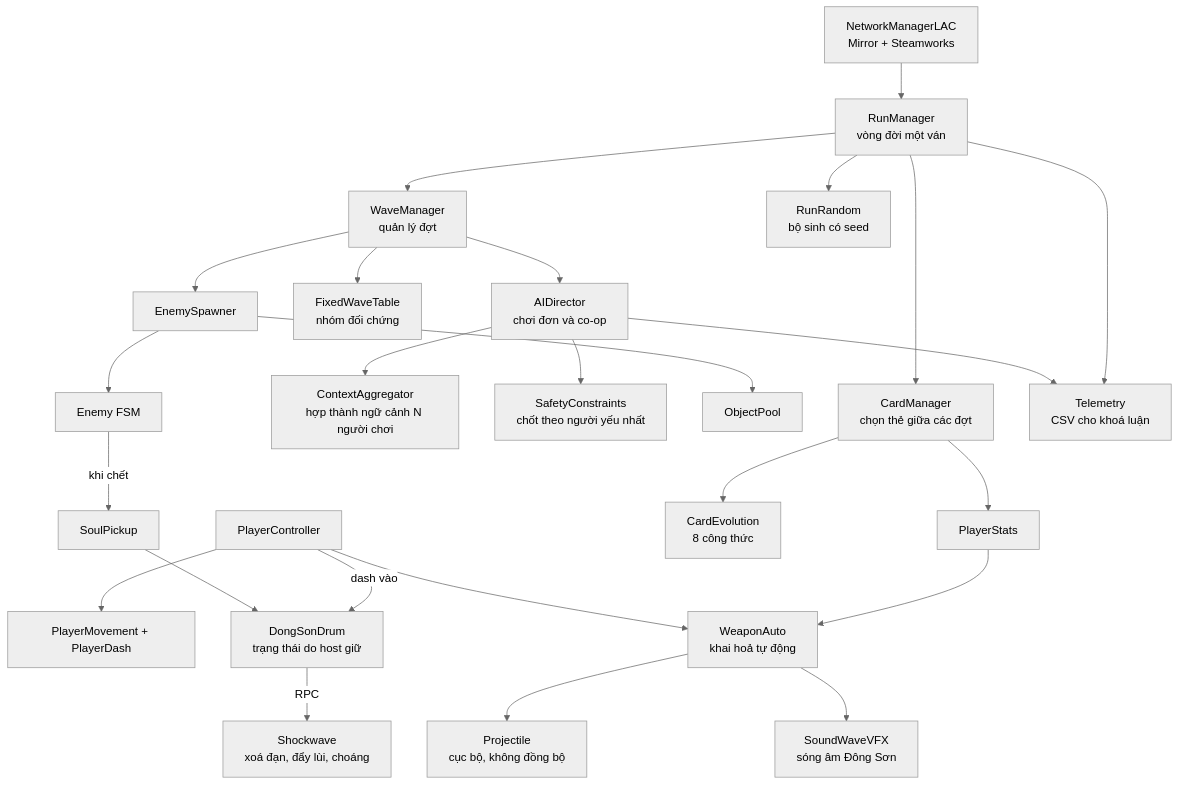
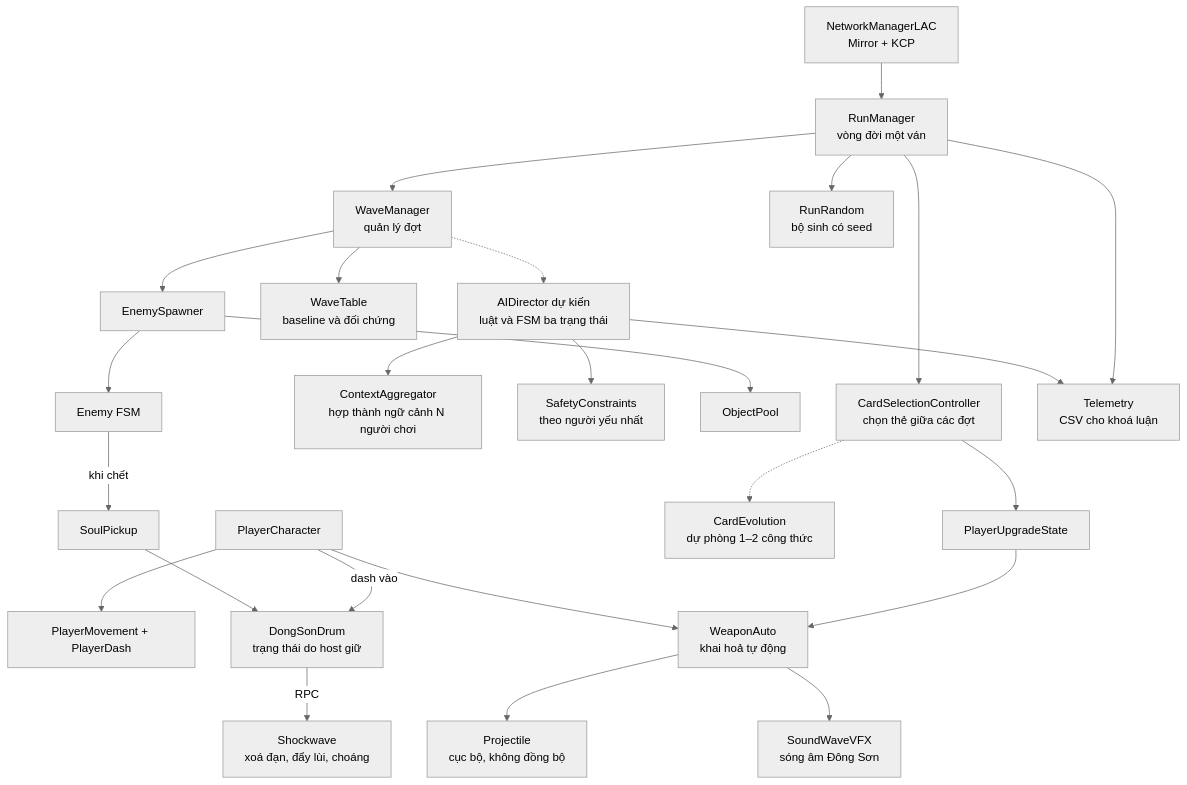
Before and after one commit to HyKiet/LAC: the diagram in docs/ARCHITECTURE.md, drawn with Mermaid (neutral theme). The commit also changed other lines of this file and 28 other files, not shown here.

````diff
--- a/docs/ARCHITECTURE.md
+++ b/docs/ARCHITECTURE.md
@@ -11,33 +13,33 @@
 ```mermaid
 graph TD
-    NM[NetworkManagerLAC<br/>Mirror + Steamworks] --> RM[RunManager<br/>vòng đời một ván]
+    NM[NetworkManagerLAC<br/>Mirror + KCP] --> RM[RunManager<br/>vòng đời một ván]
     RM --> WM[WaveManager<br/>quản lý đợt]
-    RM --> CM[CardManager<br/>chọn thẻ giữa các đợt]
+    RM --> CM[CardSelectionController<br/>chọn thẻ giữa các đợt]
     RM --> RNG[RunRandom<br/>bộ sinh có seed]
 
-    WM --> DIR[AIDirector<br/>chơi đơn và co-op]
-    WM --> FIX[FixedWaveTable<br/>nhóm đối chứng]
+    WM -.-> DIR[AIDirector dự kiến<br/>luật và FSM ba trạng thái]
+    WM --> FIX[WaveTable<br/>baseline và đối chứng]
     DIR --> AGG[ContextAggregator<br/>hợp thành ngữ cảnh N người chơi]
-    DIR --> SAFE[SafetyConstraints<br/>chốt theo người yếu nhất]
+    DIR --> SAFE[SafetyConstraints<br/>theo người yếu nhất]
     WM --> SPW[EnemySpawner]
 
     SPW --> POOL[ObjectPool]
     SPW --> ENE[Enemy FSM]
 
-    PC[PlayerController] --> MOV[PlayerMovement + PlayerDash]
+    PC[PlayerCharacter] --> MOV[PlayerMovement + PlayerDash]
     PC --> WEAP[WeaponAuto<br/>khai hoả tự động]
     WEAP --> PROJ[Projectile<br/>cục bộ, không đồng bộ]
     WEAP --> SFX[SoundWaveVFX<br/>sóng âm Đông Sơn]
 
     ENE -->|khi chết| SOUL[SoulPickup]
     SOUL --> DRUM[DongSonDrum<br/>trạng thái do host giữ]
     PC -->|dash vào| DRUM
     DRUM -->|RPC| SHOCK[Shockwave<br/>xoá đạn, đẩy lùi, choáng]
 
-    CM --> EVO[CardEvolution<br/>8 công thức]
-    CM --> STATS[PlayerStats]
+    CM -.-> EVO[CardEvolution<br/>dự phòng 1–2 công thức]
+    CM --> STATS[PlayerUpgradeState]
     STATS --> WEAP
 
     DIR --> TEL[Telemetry<br/>CSV cho khoá luận]
     RM --> TEL
 ```
````
